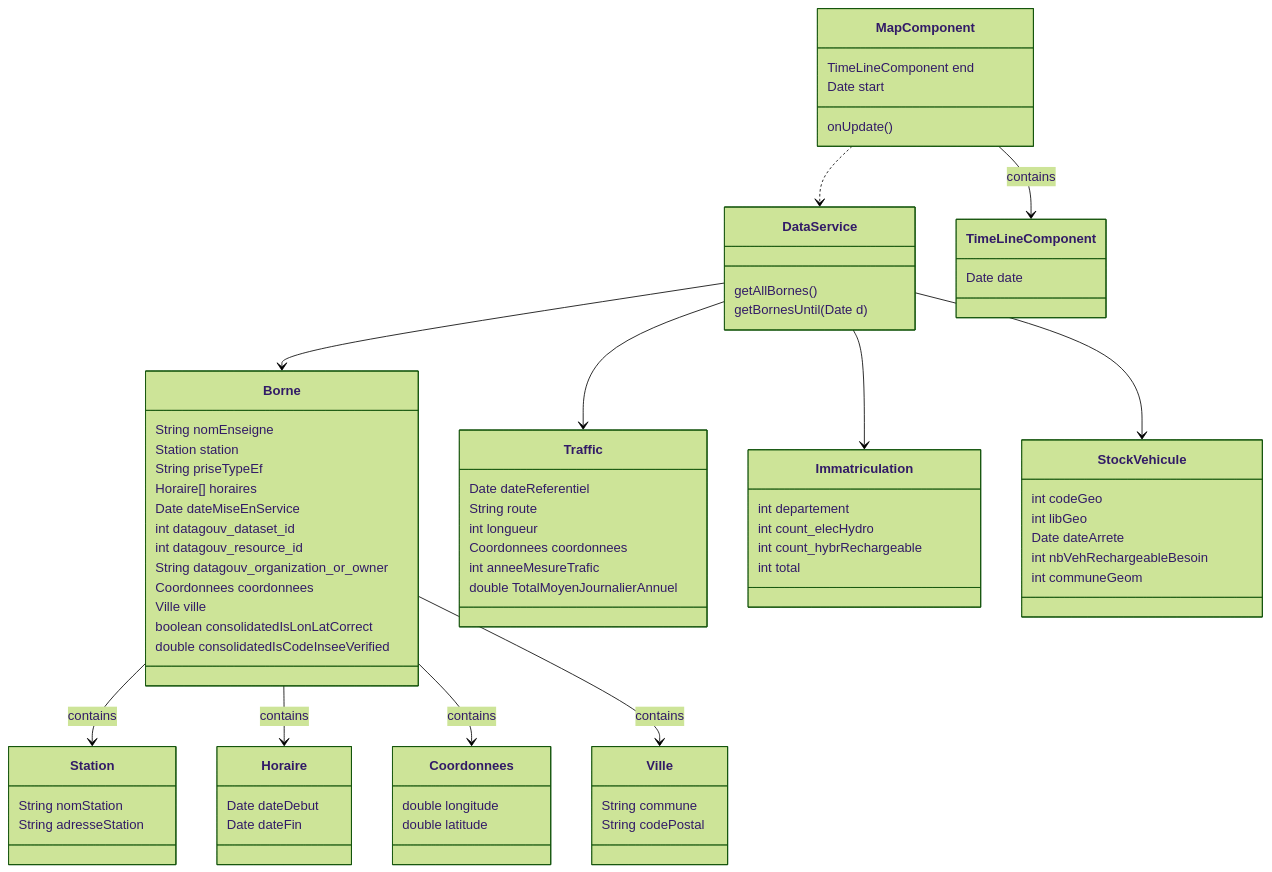
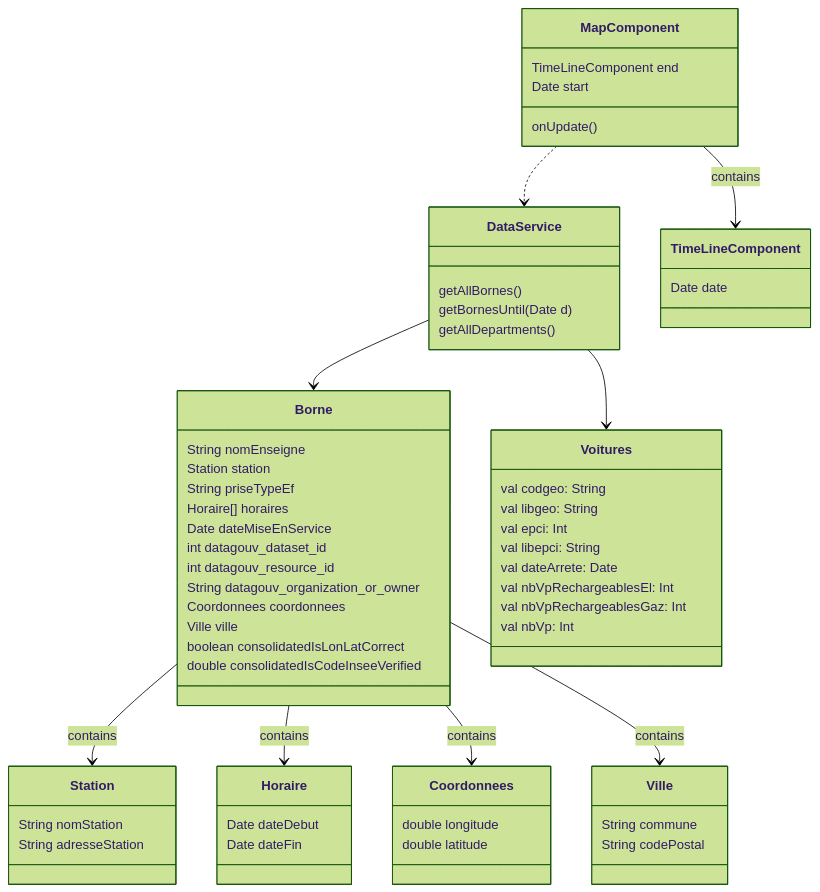
The diagram in Classes.md (ESIR2-PROJECT/RENDUS), drawn with Mermaid (forest theme) before and after one commit. The commit also changed 5 other files, not shown here.

```diff
--- a/Classes.md
+++ b/Classes.md
@@ -7,6 +7,7 @@
 class DataService {
     getAllBornes()
     getBornesUntil(Date d)
+    getAllDepartments()
 }
 
 class TimeLineComponent {
@@ -50,36 +51,25 @@
     String commune
     String codePostal
 }
-class Traffic {
-    Date dateReferentiel
-    String route
-    int longueur
-    Coordonnees coordonnees
-    int anneeMesureTrafic
-    double TotalMoyenJournalierAnnuel
+
+class Voitures {
+    val codgeo: String
+    val libgeo: String
+    val epci: Int
+    val libepci: String
+    val dateArrete: Date
+    val nbVpRechargeablesEl: Int
+    val nbVpRechargeablesGaz: Int
+    val nbVp: Int
 }
-class Immatriculation {
-    int departement
-    int count_elecHydro
-    int count_hybrRechargeable
-    int total
-}
-class StockVehicule {
-    int codeGeo
-    int libGeo
-    Date dateArrete
-    int nbVehRechargeableBesoin
-    int communeGeom
-}
+
 Borne --> Station : contains
 Borne --> Horaire : contains
 Borne --> Coordonnees : contains
 Borne --> Ville : contains
 
 DataService --> Borne
-DataService --> Traffic
-DataService --> Immatriculation
-DataService --> StockVehicule
+DataService --> Voitures
 
 MapComponent ..> DataService
 MapComponent --> TimeLineComponent : contains
```
